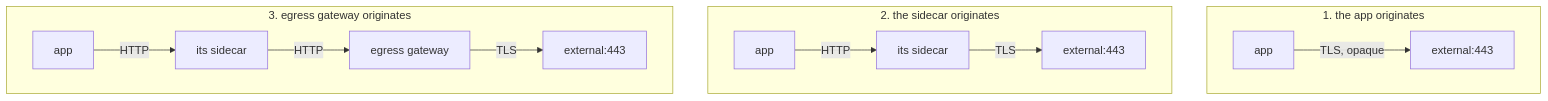
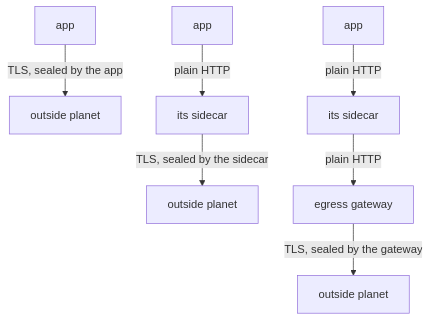
One commit to astrona-io/ATS014 changed the diagram in sections/section-070/module-02/course-01-why-https-is-opaque.md. Above: the diagram before and after it, drawn with Mermaid. The commit also changed other lines of this file and 813 other files, not shown here.

````diff
--- a/sections/section-070/module-02/course-01-why-https-is-opaque.md
+++ b/sections/section-070/module-02/course-01-why-https-is-opaque.md
@@ -85,15 +96,9 @@
 ```mermaid
 flowchart TB
-    subgraph A["1. the app originates"]
-      A1["app"] -->|"TLS, opaque"| A2["external:443"]
-    end
-    subgraph B["2. the sidecar originates"]
-      B1["app"] -->|"HTTP"| B2["its sidecar"]
-      B2 -->|"TLS"| B3["external:443"]
-    end
-    subgraph C["3. egress gateway originates"]
-      C1["app"] -->|"HTTP"| C2["its sidecar"]
-      C2 -->|"HTTP"| C3["egress gateway"]
-      C3 -->|"TLS"| C4["external:443"]
-    end
+    A1["app"] -->|"TLS, sealed by the app"| X1["outside planet"]
+    A2["app"] -->|"plain HTTP"| S2["its sidecar"]
+    S2 -->|"TLS, sealed by the sidecar"| X2["outside planet"]
+    A3["app"] -->|"plain HTTP"| S3["its sidecar"]
+    S3 -->|"plain HTTP"| G3["egress gateway"]
+    G3 -->|"TLS, sealed by the gateway"| X3["outside planet"]
 ```
````
